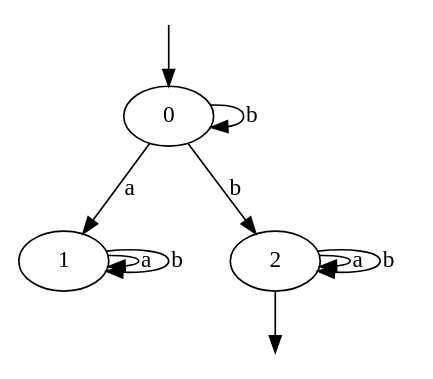
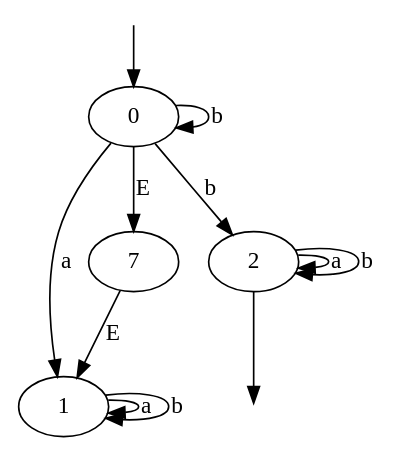
Before and after one commit to omarelhorre/automate: the diagram in demo.dot, drawn with Graphviz. The commit also changed 2 other files, not shown here.

```diff
--- a/demo.dot
+++ b/demo.dot
@@ -1,15 +1,17 @@
 digraph G {
 init [shape=point shape=point style=filled, fillcolor=white color=white];
 fin [shape=point shape=point style=filled, fillcolor=white color=white];
 init -> 0;
 0 -> 1 [label="a"];
+0 -> 7 [label="E"];
+7 -> 1 [label="E"];
 1 -> 1 [label="a"];
 1 -> 1 [label="b"];
     
     // Le chemin maudit : l'état mort
 0 -> 2 [label="b"];
 0 -> 0 [label="b"];
 2 -> 2 [label="a"];
 2 -> 2 [label="b"];
 2 -> fin;
 }
```
